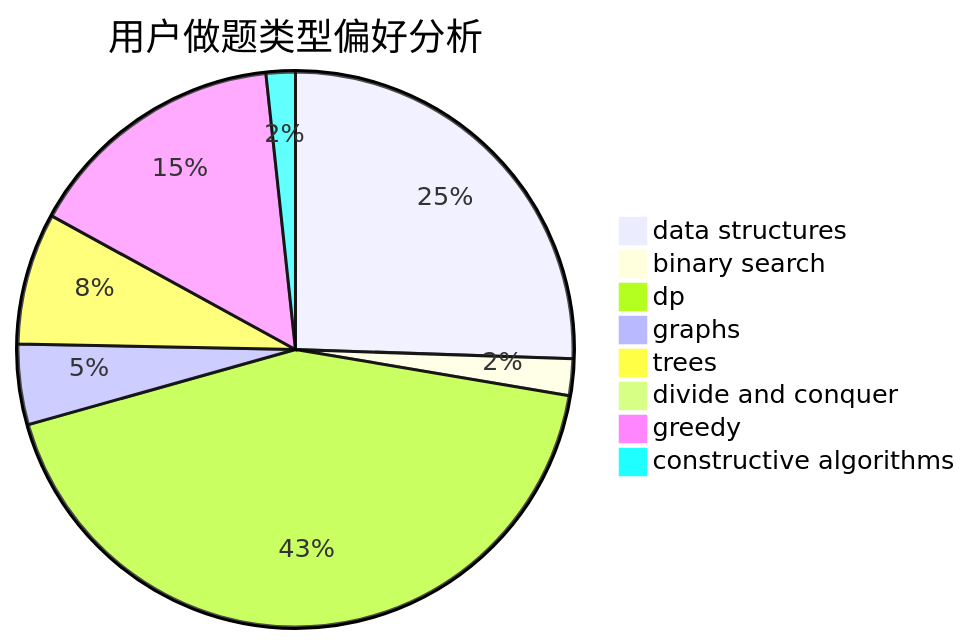
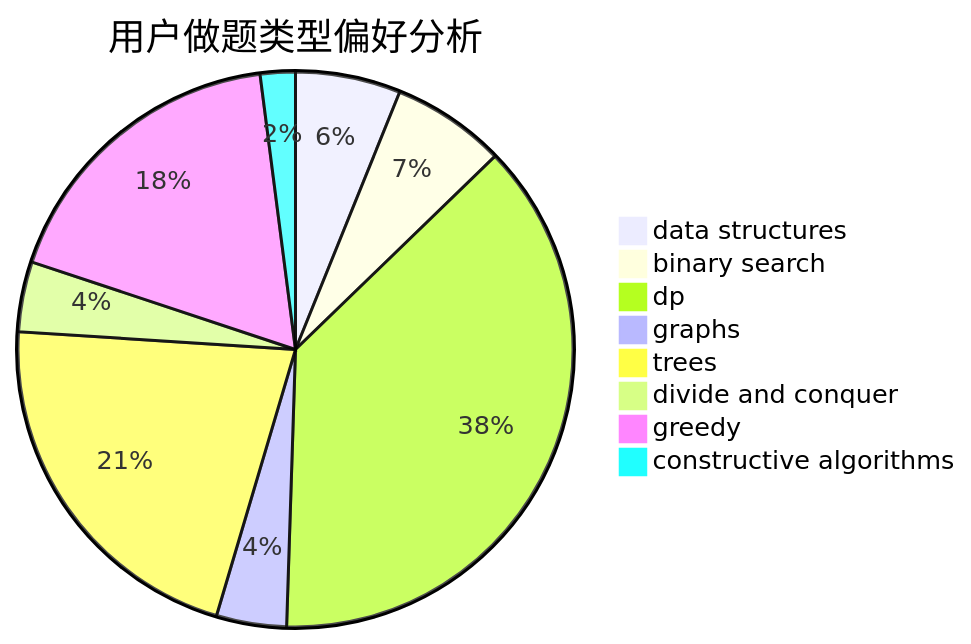
Before and after one commit to sherpahu/cfrs.github.io: the second of 3 diagrams in docs/user/u450.md, drawn with Mermaid. The commit also changed other lines of this file and 2770 other files, not shown here.

````diff
--- a/docs/user/u450.md
+++ b/docs/user/u450.md
@@ -23,11 +23,11 @@
 ```mermaid
 pie title 用户做题类型偏好分析
-    "data structures" :  60
-    "binary search" :  5
-    "dp" :  101
-    "graphs" :  11
-    "trees" :  18
-    "divide and conquer" :  1
-    "greedy" :  36
+    "data structures" :  12
+    "binary search" :  13
+    "dp" :  74
+    "graphs" :  8
+    "trees" :  42
+    "divide and conquer" :  8
+    "greedy" :  35
     "constructive algorithms" :  4
 ```
````
